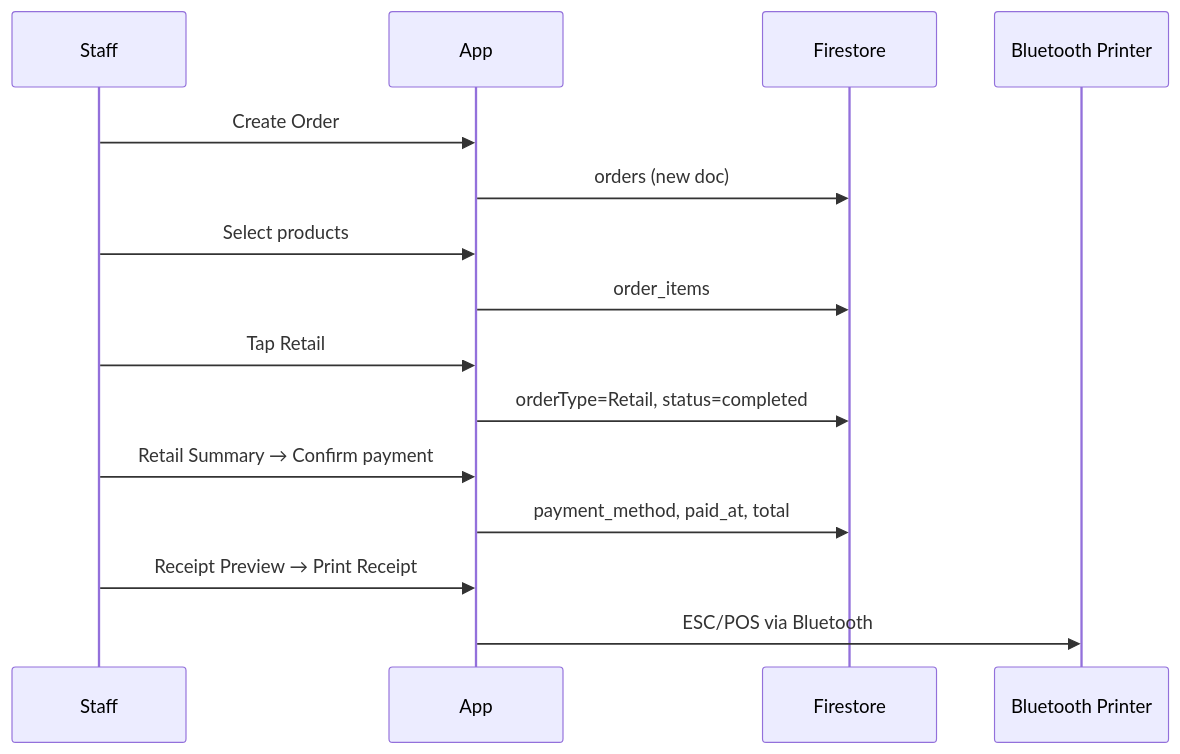
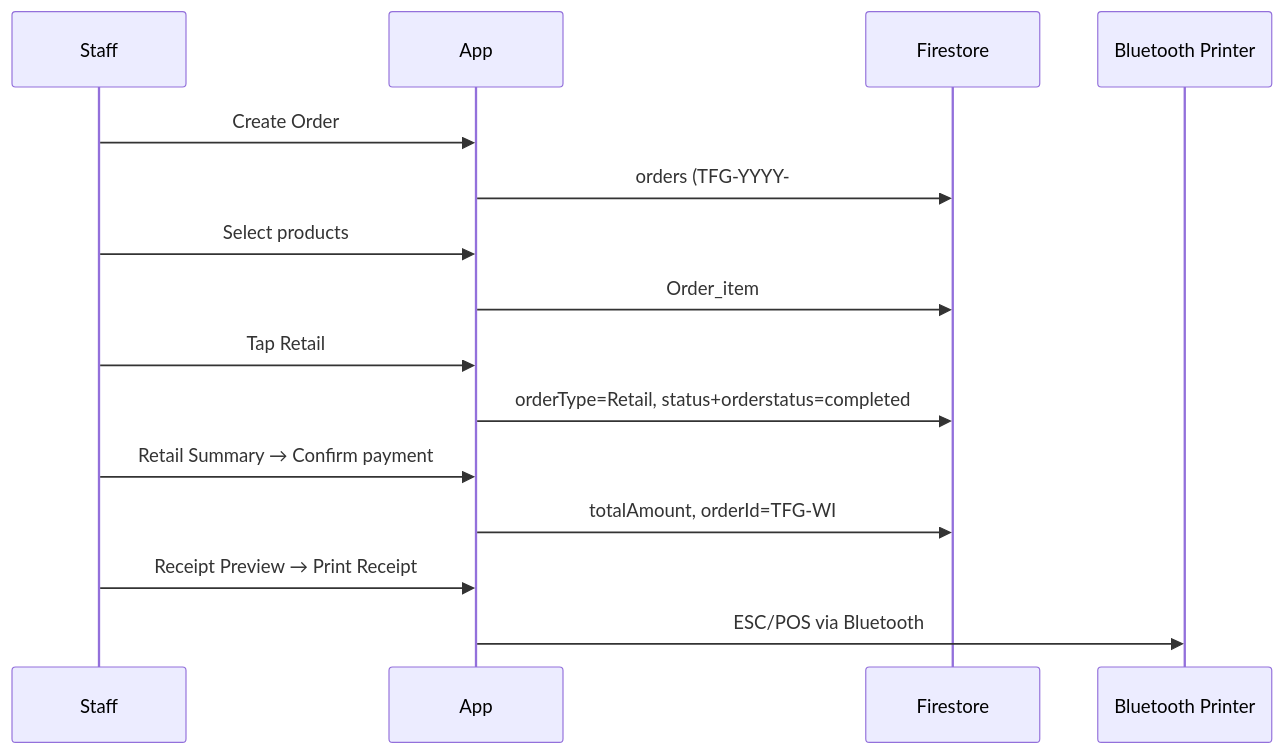
The third of 9 diagrams in docs/WORKFLOW.md (kahliantoo-rgb/tfg_vday), drawn with Mermaid before and after one commit. The commit also changed other lines of this file and 35 other files, not shown here.

````diff
--- a/docs/WORKFLOW.md
+++ b/docs/WORKFLOW.md
@@ -75,18 +107,18 @@
 ```mermaid
 sequenceDiagram
     participant Staff
     participant App
     participant Firestore
     participant Printer as Bluetooth Printer
 
     Staff->>App: Create Order
-    App->>Firestore: orders (new doc)
+    App->>Firestore: orders (TFG-YYYY-####)
     Staff->>App: Select products
-    App->>Firestore: order_items
+    App->>Firestore: Order_item
     Staff->>App: Tap Retail
-    App->>Firestore: orderType=Retail, status=completed
+    App->>Firestore: orderType=Retail, status+orderstatus=completed
     Staff->>App: Retail Summary → Confirm payment
-    App->>Firestore: payment_method, paid_at, total
+    App->>Firestore: totalAmount, orderId=TFG-WI####
     Staff->>App: Receipt Preview → Print Receipt
     App->>Printer: ESC/POS via Bluetooth
 ```
````
